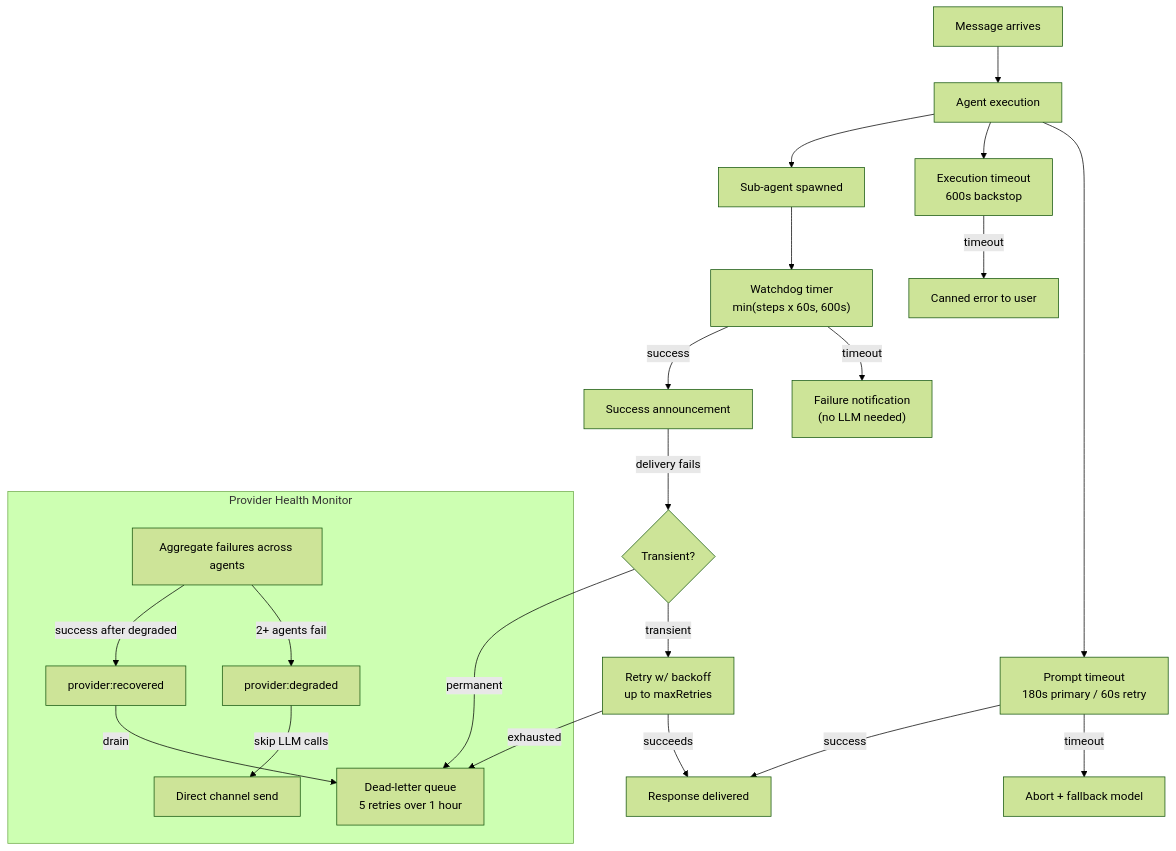
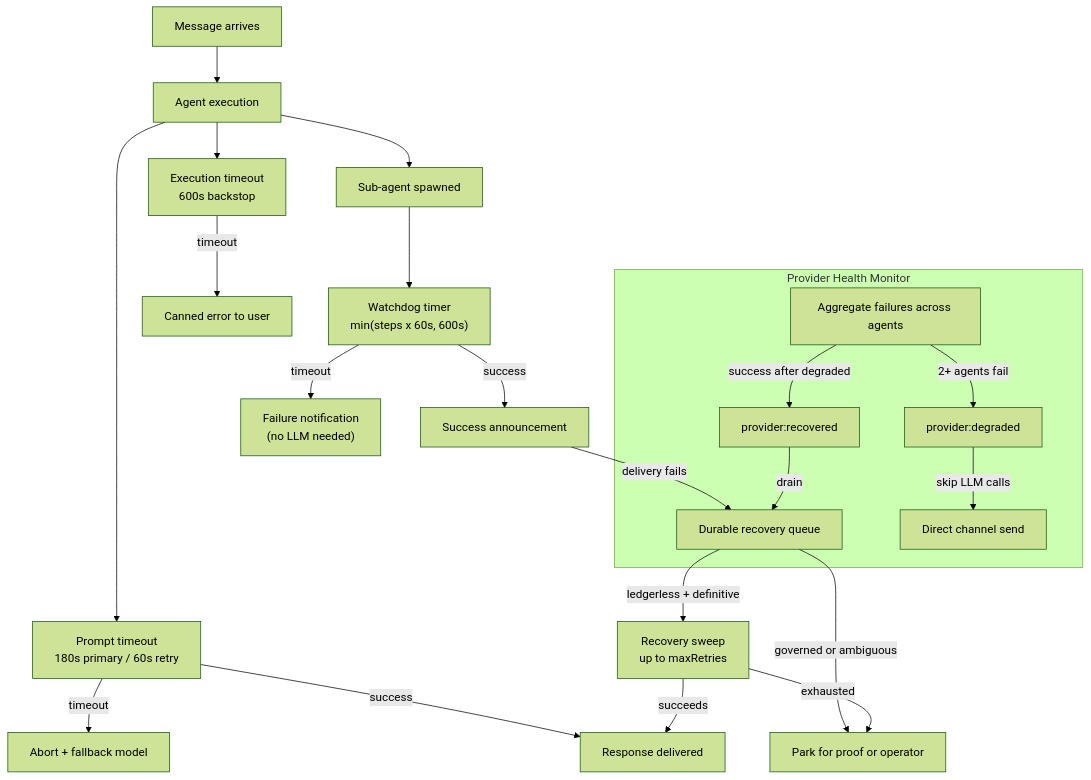
The diagram in docs/agents/resilience.mdx (comisai/comis), drawn with Mermaid (forest theme) before and after one commit. The commit also changed other lines of this file and 727 other files, not shown here.

````diff
--- a/docs/agents/resilience.mdx
+++ b/docs/agents/resilience.mdx
@@ -33,29 +33,29 @@
 ```mermaid
 flowchart TD
     MSG["Message arrives"] --> EXEC["Agent execution"]
     EXEC --> PT["Prompt timeout\n180s primary / 60s retry"]
     PT -->|timeout| ABORT["Abort + fallback model"]
     PT -->|success| RESP["Response delivered"]
 
     EXEC --> ET["Execution timeout\n600s backstop"]
     ET -->|timeout| CANNED["Canned error to user"]
 
     EXEC --> SA["Sub-agent spawned"]
     SA --> WD["Watchdog timer\nmin(steps x 60s, 600s)"]
     WD -->|timeout| FAIL_NOTIFY["Failure notification\n(no LLM needed)"]
     WD -->|success| ANNOUNCE["Success announcement"]
 
-    ANNOUNCE -->|delivery fails| CLS{"Transient?"}
-    CLS -->|transient| RETRY["Retry w/ backoff\nup to maxRetries"]
-    CLS -->|permanent| DLQ["Dead-letter queue\n5 retries over 1 hour"]
-    RETRY -->|exhausted| DLQ
+    ANNOUNCE -->|delivery fails| DLQ["Durable recovery queue"]
+    DLQ -->|ledgerless + definitive| RETRY["Recovery sweep\nup to maxRetries"]
+    DLQ -->|governed or ambiguous| PARK["Park for proof or operator"]
+    RETRY -->|exhausted| PARK
     RETRY -->|succeeds| RESP
 
     subgraph "Provider Health Monitor"
         PH["Aggregate failures across agents"]
         PH -->|2+ agents fail| DEGRADED["provider:degraded"]
         DEGRADED -->|skip LLM calls| DIRECT["Direct channel send"]
         PH -->|success after degraded| RECOVERED["provider:recovered"]
         RECOVERED -->|drain| DLQ
     end
 ```
````
